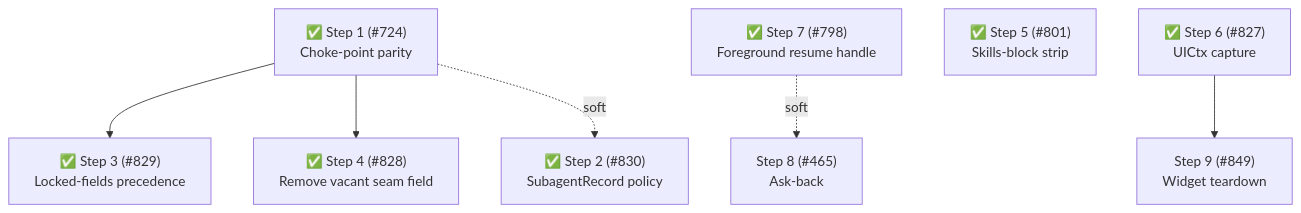
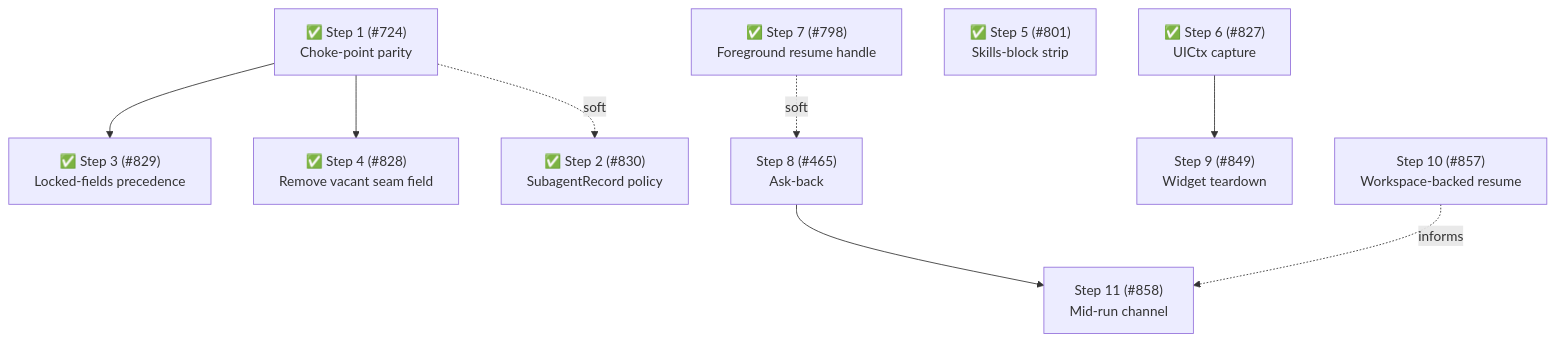
One commit to gotgenes/pi-packages changed the sixth of 6 diagrams in packages/pi-subagents/docs/architecture/architecture.md. Above: the diagram before and after it, drawn with Mermaid. The commit also changed other lines of this file, not shown here.

````diff
--- a/packages/pi-subagents/docs/architecture/architecture.md
+++ b/packages/pi-subagents/docs/architecture/architecture.md
@@ -967,9 +999,11 @@
 ```mermaid
 flowchart TD
     S1["✅ Step 1 (#724)<br/>Choke-point parity"] --> S3["✅ Step 3 (#829)<br/>Locked-fields precedence"]
     S1 --> S4["✅ Step 4 (#828)<br/>Remove vacant seam field"]
     S1 -.soft.-> S2["✅ Step 2 (#830)<br/>SubagentRecord policy"]
     S7["✅ Step 7 (#798)<br/>Foreground resume handle"] -.soft.-> S8["Step 8 (#465)<br/>Ask-back"]
     S5["✅ Step 5 (#801)<br/>Skills-block strip"]
     S6["✅ Step 6 (#827)<br/>UICtx capture"] --> S9["Step 9 (#849)<br/>Widget teardown"]
+    S8 --> S11["Step 11 (#858)<br/>Mid-run channel"]
+    S10["Step 10 (#857)<br/>Workspace-backed resume"] -.informs.-> S11
 ```
````
